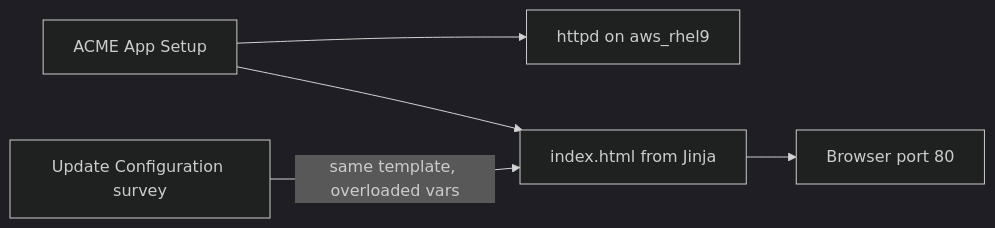
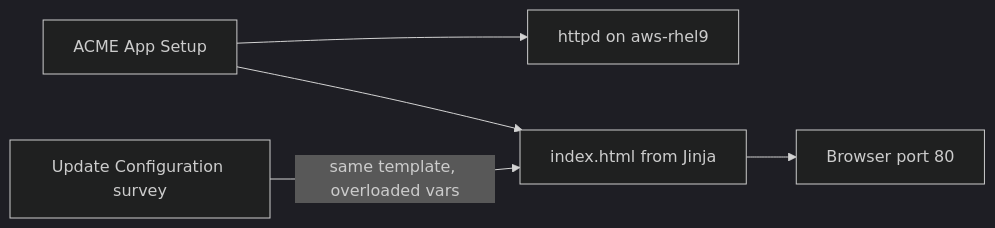
The diagram in infrastructure/docs/config-drift-simple.md (ansible/product-demos), drawn with Mermaid (dark theme) before and after one commit. The commit also changed other lines of this file and 37 other files, not shown here.

````diff
--- a/infrastructure/docs/config-drift-simple.md
+++ b/infrastructure/docs/config-drift-simple.md
@@ -5,13 +5,13 @@
 ```mermaid
 flowchart LR
   setup["ACME App Setup"]
-  httpd["httpd on aws_rhel9"]
+  httpd["httpd on aws-rhel9"]
   page["index.html from Jinja"]
   survey["Update Configuration survey"]
   browser["Browser port 80"]
 
   setup --> httpd
   setup --> page
   survey -->|"same template, overloaded vars"| page
   page --> browser
 ```
````
